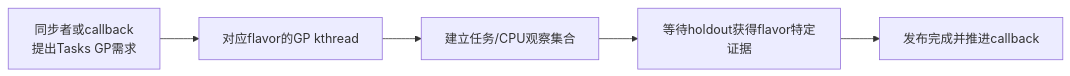
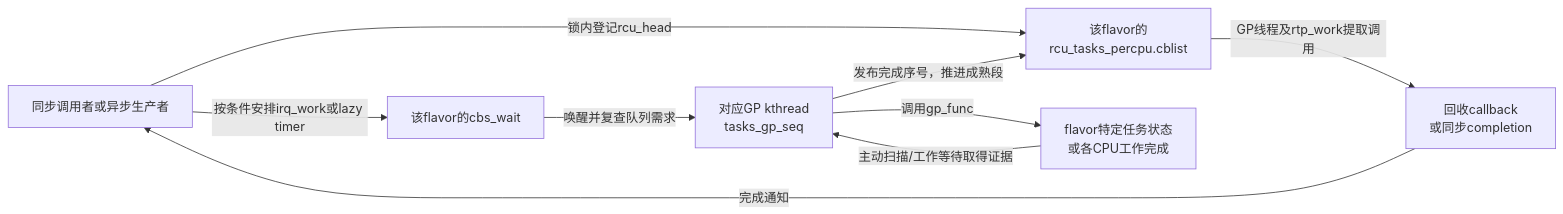
One commit to FormingSystem/linux_note changed the first of 4 diagrams in knowledge/linux/synchronization_and_asynchrony/synchronization/rcu/P19_Tasks_RCU_任务轨迹宽限期.md. Above: the diagram before and after it, drawn with Mermaid. The commit also changed other lines of this file and 1 other file, not shown here.

First line of the commit message:
content(rcu/tasks): 补齐任务边界与共享状态取证过程

````diff
--- a/knowledge/linux/synchronization_and_asynchrony/synchronization/rcu/P19_Tasks_RCU_任务轨迹宽限期.md
+++ b/knowledge/linux/synchronization_and_asynchrony/synchronization/rcu/P19_Tasks_RCU_任务轨迹宽限期.md
@@ -61,7 +57,11 @@
 ```mermaid
 flowchart LR
-    Q["同步者或callback<br/>提出Tasks GP需求"] --> G["对应flavor的GP kthread"]
-    G --> S["建立任务/CPU观察集合"]
-    S --> H["等待holdout获得flavor特定证据"]
-    H --> C["发布完成并推进callback"]
+    Q["同步调用者或异步生产者"] -->|"锁内登记rcu_head"| C["该flavor的<br/>rcu_tasks_percpu.cblist"]
+    Q -->|"按条件安排irq_work或lazy timer"| W["该flavor的cbs_wait"]
+    W -->|"唤醒并复查队列需求"| G["对应GP kthread<br/>tasks_gp_seq"]
+    G -->|"调用gp_func"| S["flavor特定任务状态<br/>或各CPU工作完成"]
+    S -->|"主动扫描/工作等待取得证据"| G
+    G -->|"发布完成序号，推进成熟段"| C
+    C -->|"GP线程及rtp_work提取调用"| E["回收callback<br/>或同步completion"]
+    E -->|"完成通知"| Q
 ```
````
